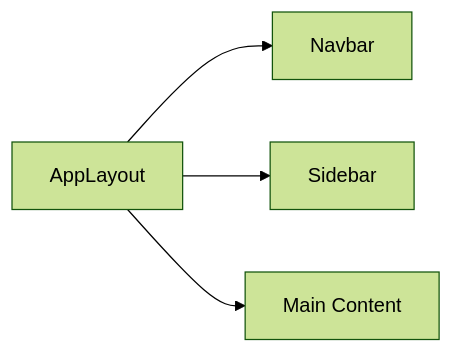
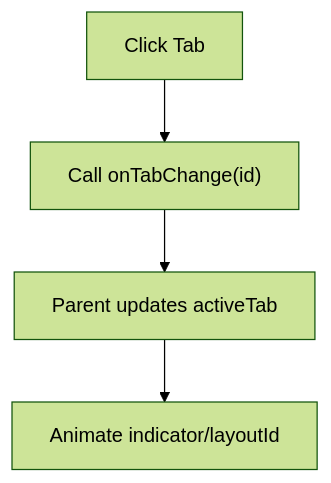
Before and after one commit to Daniiyal-creates/MedAce-AI: the sixth of 9 diagrams in .qoder/repowiki/en/content/Component Library/Component Library.md, drawn with Mermaid (forest theme). The commit also changed other lines of this file and 159 other files, not shown here.

````diff
--- a/.qoder/repowiki/en/content/Component Library/Component Library.md
+++ b/.qoder/repowiki/en/content/Component Library/Component Library.md
@@ -352,6 +304,6 @@
 ```mermaid
-graph LR
-AL["AppLayout"] --> N["Navbar"]
-AL --> S["Sidebar"]
-AL --> M["Main Content"]
+flowchart TD
+Click["Click Tab"] --> Update["Call onTabChange(id)"]
+Update --> Reconcile["Parent updates activeTab"]
+Reconcile --> Animate["Animate indicator/layoutId"]
 ```
````
